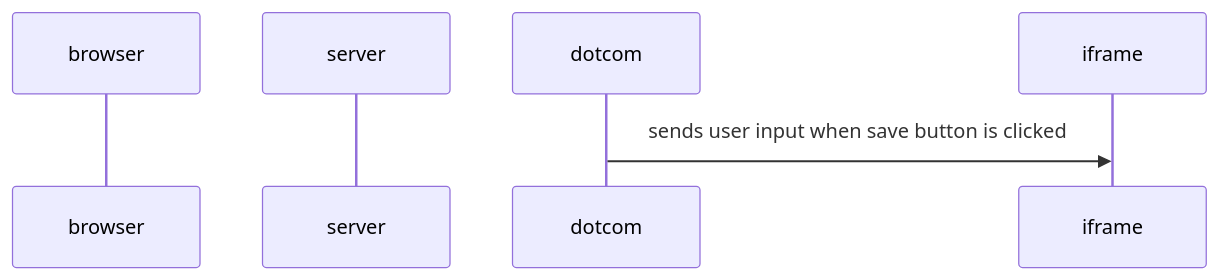
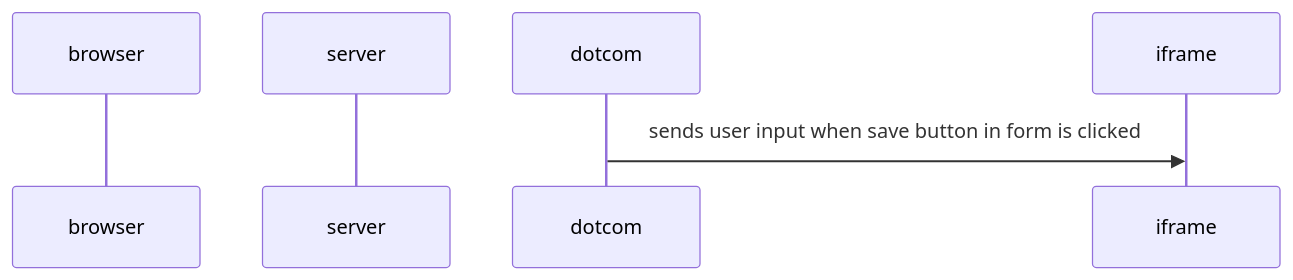
The diagram in part0/new-note-diagram.md (ARK2K/fullstackopen), drawn with Mermaid before and after one commit.

````diff
--- a/part0/new-note-diagram.md
+++ b/part0/new-note-diagram.md
@@ -1,6 +1,6 @@
 ```mermaid
 sequenceDiagram
     participant browser
     participant server
-    dotcom->>iframe: sends user input when save button is clicked
+    dotcom->>iframe: sends user input when save button in form is clicked
 ```
````
